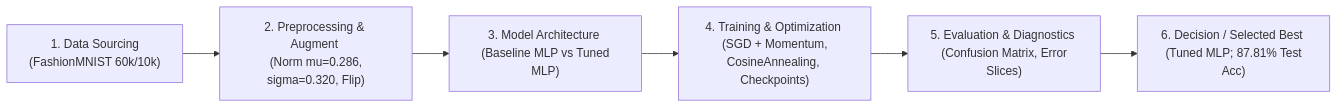
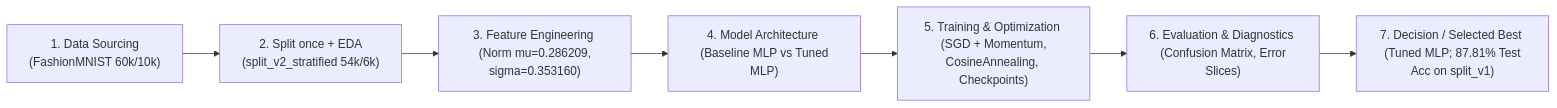
The diagram in labs/lab01/walkthrough_lab_01.md (lacthui06/Lab-DL), drawn with Mermaid before and after one commit. The commit also changed other lines of this file and 31 other files, not shown here.

First line of the commit message:
docs(lab01): record split_v2/preproc_v2 versions and measured EDA results

````diff
--- a/labs/lab01/walkthrough_lab_01.md
+++ b/labs/lab01/walkthrough_lab_01.md
@@ -32,8 +32,9 @@
 ```mermaid
 graph LR
-    A["1. Data Sourcing <br> (FashionMNIST 60k/10k)"] --> B["2. Preprocessing & Augment <br> (Norm mu=0.286, sigma=0.320, Flip)"]
-    B --> C["3. Model Architecture <br> (Baseline MLP vs Tuned MLP)"]
-    C --> D["4. Training & Optimization <br> (SGD + Momentum, CosineAnnealing, Checkpoints)"]
-    D --> E["5. Evaluation & Diagnostics <br> (Confusion Matrix, Error Slices)"]
-    E --> F["6. Decision / Selected Best <br> (Tuned MLP; 87.81% Test Acc)"]
+    A["1. Data Sourcing <br> (FashionMNIST 60k/10k)"] --> B["2. Split once + EDA <br> (split_v2_stratified 54k/6k)"]
+    B --> C["3. Feature Engineering <br> (Norm mu=0.286209, sigma=0.353160)"]
+    C --> D["4. Model Architecture <br> (Baseline MLP vs Tuned MLP)"]
+    D --> E["5. Training & Optimization <br> (SGD + Momentum, CosineAnnealing, Checkpoints)"]
+    E --> F["6. Evaluation & Diagnostics <br> (Confusion Matrix, Error Slices)"]
+    F --> G["7. Decision / Selected Best <br> (Tuned MLP; 87.81% Test Acc on split_v1)"]
 ```
````
